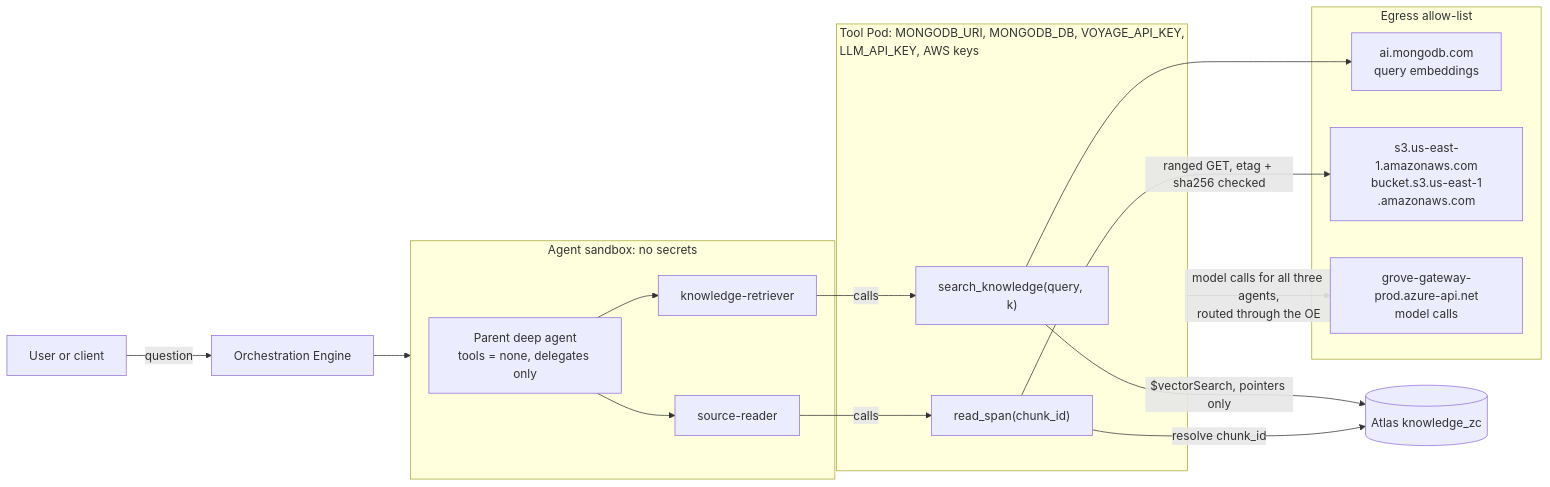
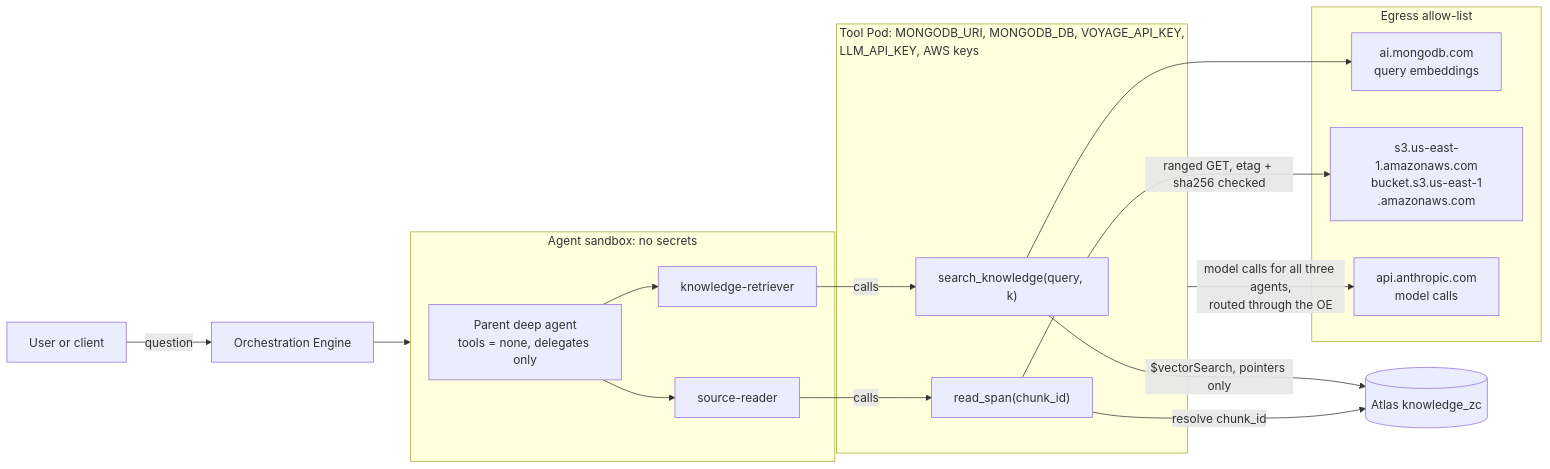
Before and after one commit to mohammaddaoudfarooqi/zero-copy-rag: the third of 3 diagrams in docs/LLD.md, drawn with Mermaid. The commit also changed other lines of this file and 7 other files, not shown here.

````diff
--- a/docs/LLD.md
+++ b/docs/LLD.md
@@ -588,33 +588,33 @@
 ```mermaid
 flowchart LR
     USER[User or client] -->|question| OE[Orchestration Engine]
     OE --> AGT
 
     subgraph AGT[Agent sandbox: no secrets]
         PARENT[Parent deep agent<br/>tools = none, delegates only]
         RET[knowledge-retriever]
         RDR[source-reader]
         PARENT --> RET
         PARENT --> RDR
     end
 
     subgraph POD[Tool Pod: MONGODB_URI, MONGODB_DB, VOYAGE_API_KEY,<br/>LLM_API_KEY, AWS keys]
         SK["search_knowledge(query, k)"]
         RS["read_span(chunk_id)"]
     end
 
     RET -->|calls| SK
     RDR -->|calls| RS
 
     subgraph EGRESS[Egress allow-list]
         VOY[ai.mongodb.com<br/>query embeddings]
         S3[s3.us-east-1.amazonaws.com<br/>bucket.s3.us-east-1<br/>.amazonaws.com]
-        GROVE[grove-gateway-prod.azure-api.net<br/>model calls]
+        LLMHOST[api.anthropic.com<br/>model calls]
     end
 
     SK --> VOY
     SK -->|$vectorSearch, pointers only| ATLAS[(Atlas knowledge_zc)]
     RS -->|resolve chunk_id| ATLAS
     RS -->|ranged GET, etag + sha256 checked| S3
-    POD -->|model calls for all three agents,<br/>routed through the OE| GROVE
+    POD -->|model calls for all three agents,<br/>routed through the OE| LLMHOST
 ```
````
